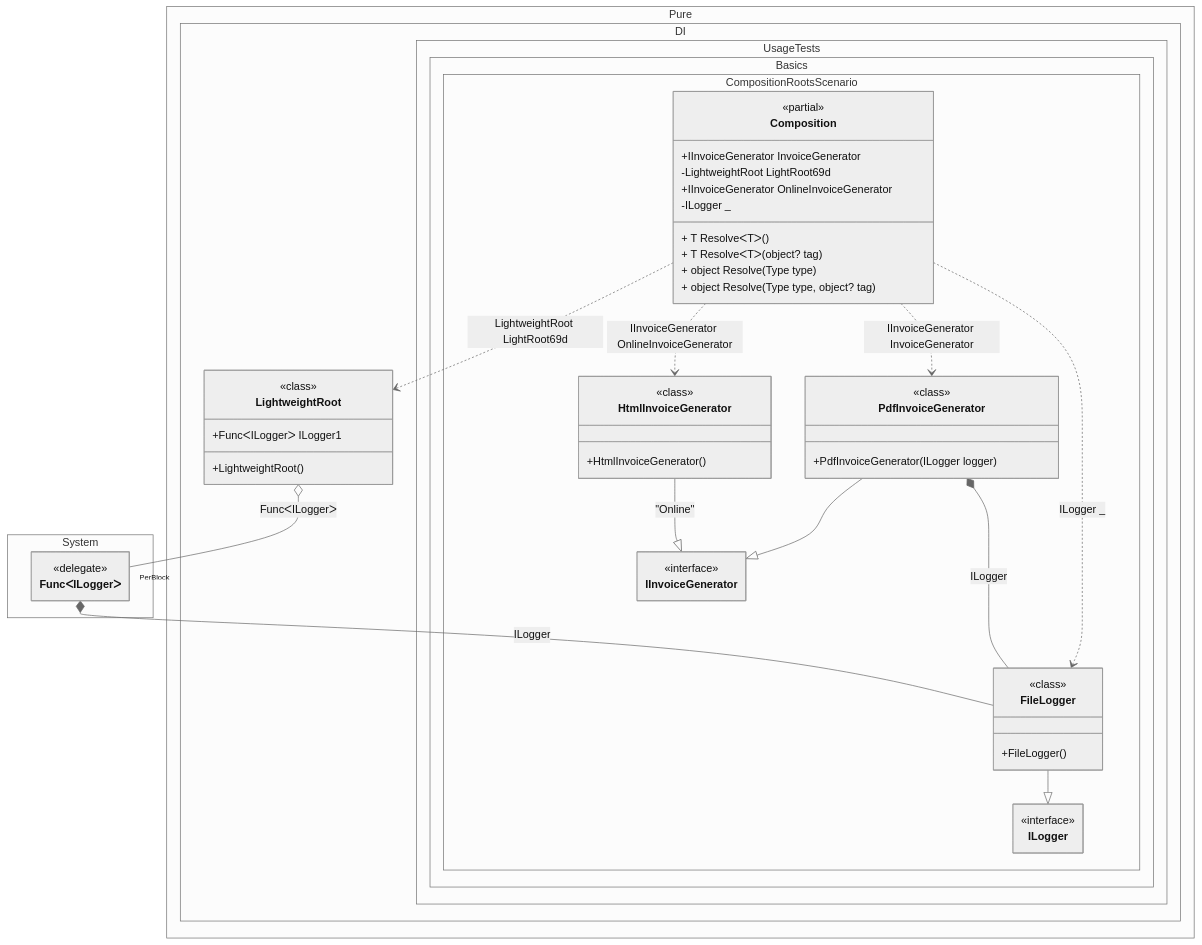
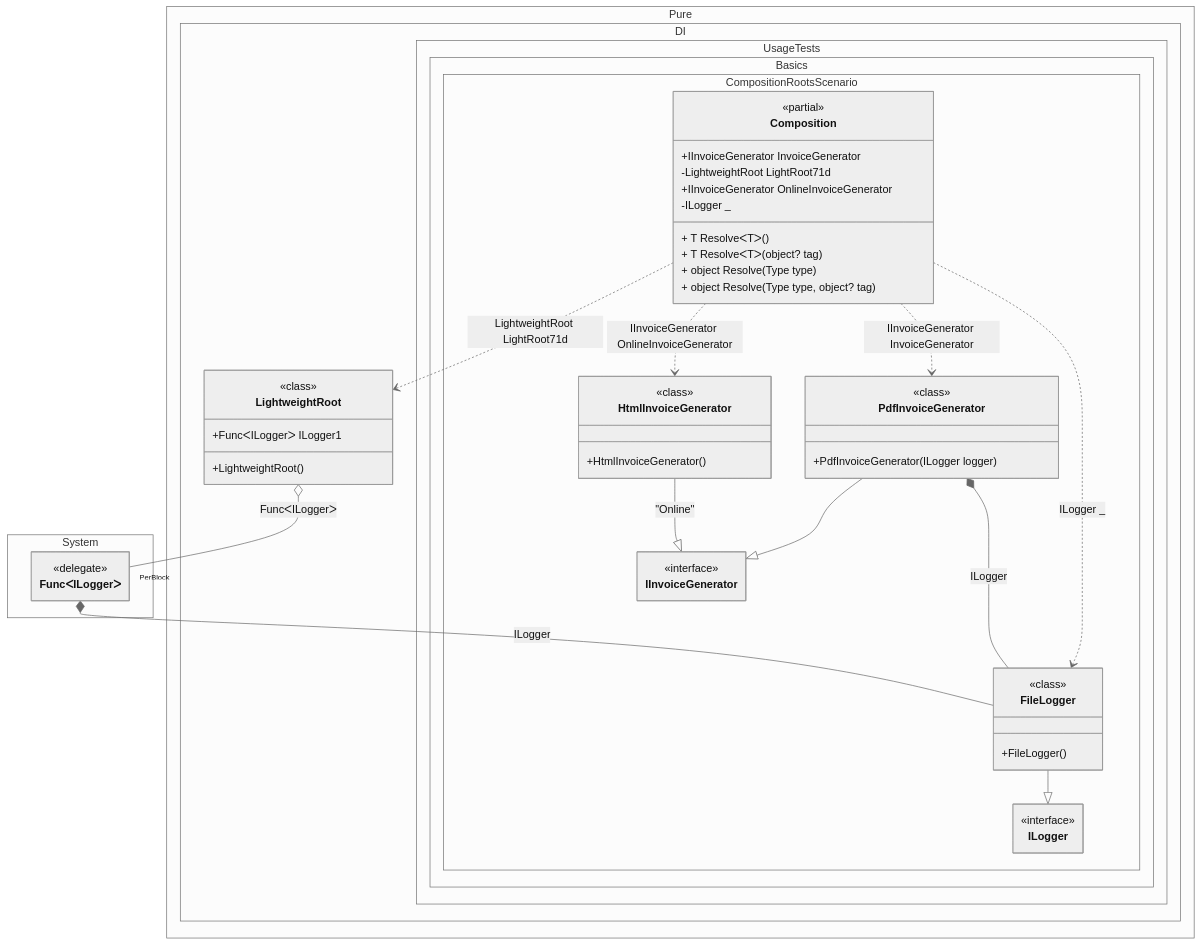
Before and after one commit to DevTeam/Pure.DI: the diagram in readme/composition-roots.md, drawn with Mermaid (neutral theme). The commit also changed 169 other files, not shown here.

````diff
--- a/readme/composition-roots.md
+++ b/readme/composition-roots.md
@@ -319,63 +319,63 @@
 ```mermaid
 ---
  config:
   maxTextSize: 2147483647
   maxEdges: 2147483647
   class:
    hideEmptyMembersBox: true
 ---
 classDiagram
 	PdfInvoiceGenerator --|> IInvoiceGenerator
 	HtmlInvoiceGenerator --|> IInvoiceGenerator : "Online" 
 	FileLogger --|> ILogger
-	Composition ..> LightweightRoot : LightweightRoot LightRoot69d
+	Composition ..> LightweightRoot : LightweightRoot LightRoot71d
 	Composition ..> HtmlInvoiceGenerator : IInvoiceGenerator OnlineInvoiceGenerator
 	Composition ..> FileLogger : ILogger _
 	Composition ..> PdfInvoiceGenerator : IInvoiceGenerator InvoiceGenerator
 	PdfInvoiceGenerator *--  FileLogger : ILogger
 	LightweightRoot o-- "PerBlock" FuncᐸILoggerᐳ : FuncᐸILoggerᐳ
 	FuncᐸILoggerᐳ *--  FileLogger : ILogger
 	namespace Pure.DI {
 		class LightweightRoot {
 				<<class>>
 			+LightweightRoot()
 			+FuncᐸILoggerᐳ ILogger1
 		}
 	}
 	namespace Pure.DI.UsageTests.Basics.CompositionRootsScenario {
 		class Composition {
 		<<partial>>
 		+IInvoiceGenerator InvoiceGenerator
-		-LightweightRoot LightRoot69d
+		-LightweightRoot LightRoot71d
 		+IInvoiceGenerator OnlineInvoiceGenerator
 		-ILogger _
 		+ T ResolveᐸTᐳ()
 		+ T ResolveᐸTᐳ(object? tag)
 		+ object Resolve(Type type)
 		+ object Resolve(Type type, object? tag)
 		}
 		class FileLogger {
 				<<class>>
 			+FileLogger()
 		}
 		class HtmlInvoiceGenerator {
 				<<class>>
 			+HtmlInvoiceGenerator()
 		}
 		class IInvoiceGenerator {
 			<<interface>>
 		}
 		class ILogger {
 			<<interface>>
 		}
 		class PdfInvoiceGenerator {
 				<<class>>
 			+PdfInvoiceGenerator(ILogger logger)
 		}
 	}
 	namespace System {
 		class FuncᐸILoggerᐳ {
 				<<delegate>>
 		}
 	}
 ```
````
